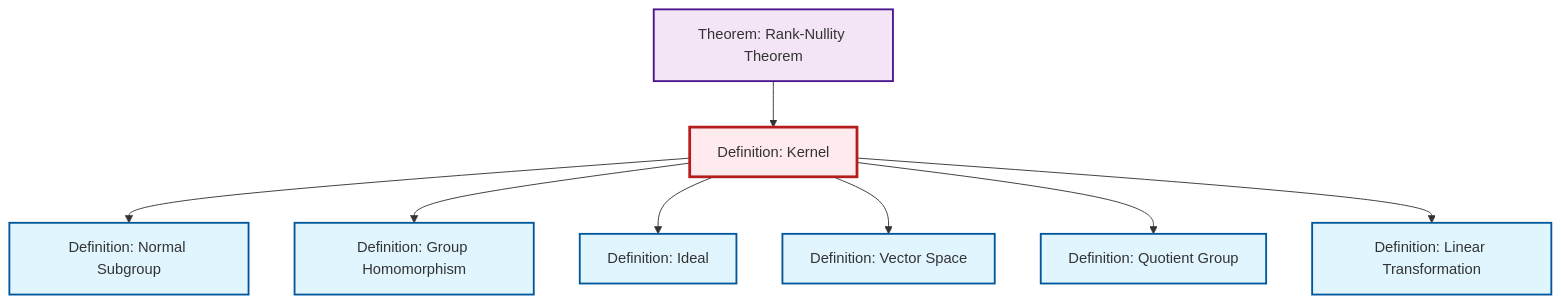
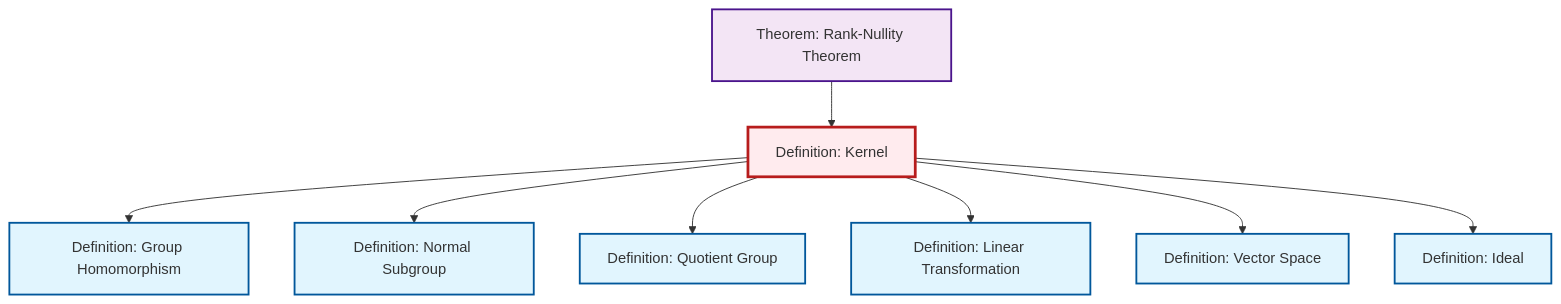
Before and after one commit to RK0429/ModernMath: the diagram in content/ja/algebra/def-kernel.qmd, drawn with Mermaid. The commit also changed other lines of this file and 474 other files, not shown here.

````diff
--- a/content/ja/algebra/def-kernel.qmd
+++ b/content/ja/algebra/def-kernel.qmd
@@ -80,32 +80,32 @@
 ```{mermaid}
 %%| fig-cap: "Local dependency graph"
 graph TD
     classDef definition fill:#e1f5fe,stroke:#01579b,stroke-width:2px
     classDef theorem fill:#f3e5f5,stroke:#4a148c,stroke-width:2px
     classDef axiom fill:#fff3e0,stroke:#e65100,stroke-width:2px
     classDef example fill:#e8f5e9,stroke:#1b5e20,stroke-width:2px
     classDef current fill:#ffebee,stroke:#b71c1c,stroke-width:3px
+    def-ideal["Definition: Ideal"]:::definition
+    def-quotient-group["Definition: Quotient Group"]:::definition
     def-linear-transformation["Definition: Linear Transformation"]:::definition
+    def-kernel["Definition: Kernel"]:::definition
+    def-vector-space["Definition: Vector Space"]:::definition
+    def-normal-subgroup["Definition: Normal Subgroup"]:::definition
+    thm-rank-nullity["Theorem: Rank-Nullity Theorem"]:::theorem
     def-homomorphism["Definition: Group Homomorphism"]:::definition
-    def-kernel["Definition: Kernel"]:::definition
-    def-normal-subgroup["Definition: Normal Subgroup"]:::definition
-    def-quotient-group["Definition: Quotient Group"]:::definition
-    thm-rank-nullity["Theorem: Rank-Nullity Theorem"]:::theorem
-    def-vector-space["Definition: Vector Space"]:::definition
-    def-ideal["Definition: Ideal"]:::definition
+    def-kernel --> def-homomorphism
     def-kernel --> def-normal-subgroup
-    def-kernel --> def-homomorphism
-    def-kernel --> def-ideal
-    thm-rank-nullity --> def-kernel
-    def-kernel --> def-vector-space
     def-kernel --> def-quotient-group
     def-kernel --> def-linear-transformation
+    def-kernel --> def-vector-space
+    thm-rank-nullity --> def-kernel
+    def-kernel --> def-ideal
     class def-kernel current
+    click def-ideal "def-ideal.html" "Definition: Idealへ"
+    click def-quotient-group "def-quotient-group.html" "Definition: Quotient Groupへ"
     click def-linear-transformation "def-linear-transformation.html" "Definition: Linear Transformationへ"
+    click def-vector-space "def-vector-space.html" "Definition: Vector Spaceへ"
+    click def-normal-subgroup "def-normal-subgroup.html" "Definition: Normal Subgroupへ"
+    click thm-rank-nullity "thm-rank-nullity.html" "Theorem: Rank-Nullity Theoremへ"
     click def-homomorphism "def-homomorphism.html" "Definition: Group Homomorphismへ"
-    click def-normal-subgroup "def-normal-subgroup.html" "Definition: Normal Subgroupへ"
-    click def-quotient-group "def-quotient-group.html" "Definition: Quotient Groupへ"
-    click thm-rank-nullity "thm-rank-nullity.html" "Theorem: Rank-Nullity Theoremへ"
-    click def-vector-space "def-vector-space.html" "Definition: Vector Spaceへ"
-    click def-ideal "def-ideal.html" "Definition: Idealへ"
 ```
````
